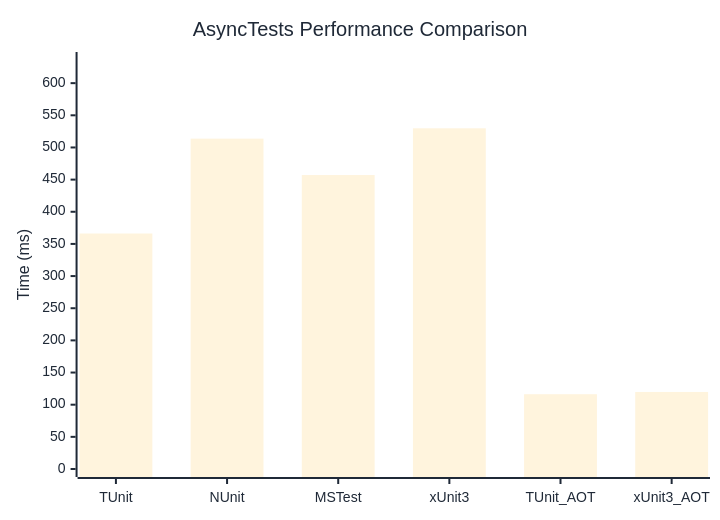
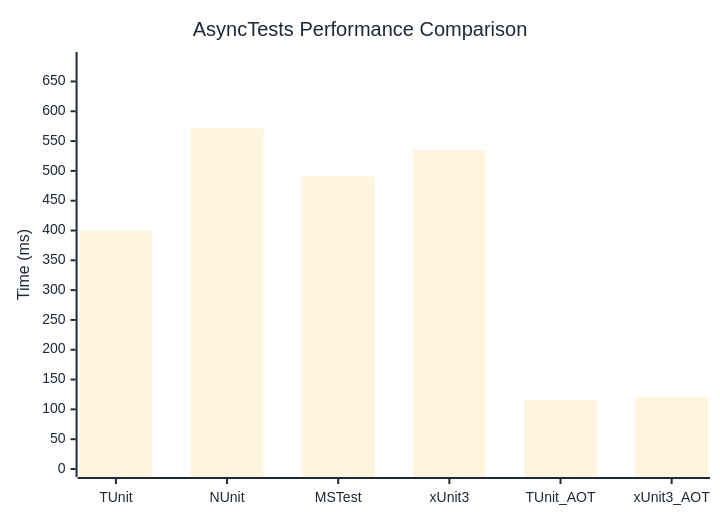
One commit to thomhurst/TUnit changed the diagram in docs/docs/benchmarks/engine/AsyncTests.md. Above: the diagram before and after it, drawn with Mermaid. The commit also changed other lines of this file and 18 other files, not shown here.

````diff
--- a/docs/docs/benchmarks/engine/AsyncTests.md
+++ b/docs/docs/benchmarks/engine/AsyncTests.md
@@ -30,37 +30,37 @@
 ```mermaid
 %%{init: {
   'theme':'base',
   'themeVariables': {
     'primaryColor': '#2563eb',
     'primaryTextColor': '#1f2937',
     'primaryBorderColor': '#1e40af',
     'lineColor': '#6b7280',
     'secondaryColor': '#7c3aed',
     'tertiaryColor': '#dc2626',
     'background': '#ffffff',
     'mainBkg': '#2563eb',
     'secondBkg': '#7c3aed',
     'tertiaryBkg': '#dc2626',
     'clusterBkg': '#f3f4f6',
     'edgeLabelBackground': '#ffffff',
     'tertiaryTextColor': '#1f2937',
     'pie1': '#2563eb',
     'pie2': '#7c3aed',
     'pie3': '#dc2626',
     'pie4': '#f59e0b',
     'pie5': '#10b981',
     'pie6': '#06b6d4',
     'pie7': '#ec4899',
     'pie8': '#6366f1',
     'pie9': '#84cc16',
     'pie10': '#f97316',
     'pie11': '#14b8a6',
     'pie12': '#a855f7'
   }
 }}%%
 xychart-beta
   title "AsyncTests Performance Comparison"
   x-axis ["TUnit", "NUnit", "MSTest", "xUnit3", "TUnit_AOT", "xUnit3_AOT"]
-  y-axis "Time (ms)" 0 --> 636
-  bar [366.2, 513.7, 457.1, 529.8, 116.3, 119.8]
+  y-axis "Time (ms)" 0 --> 686
+  bar [399.5, 571.3, 490.7, 535.1, 115.9, 121.2]
 ```
````
